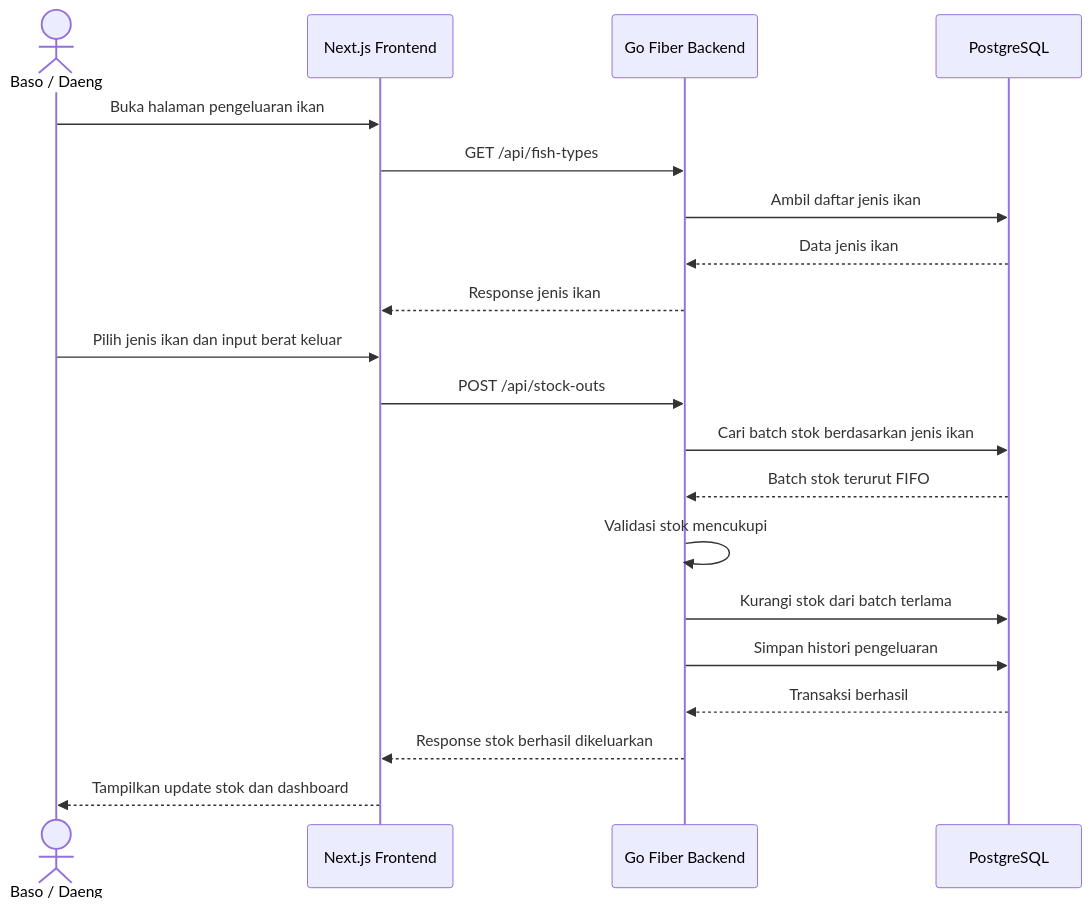
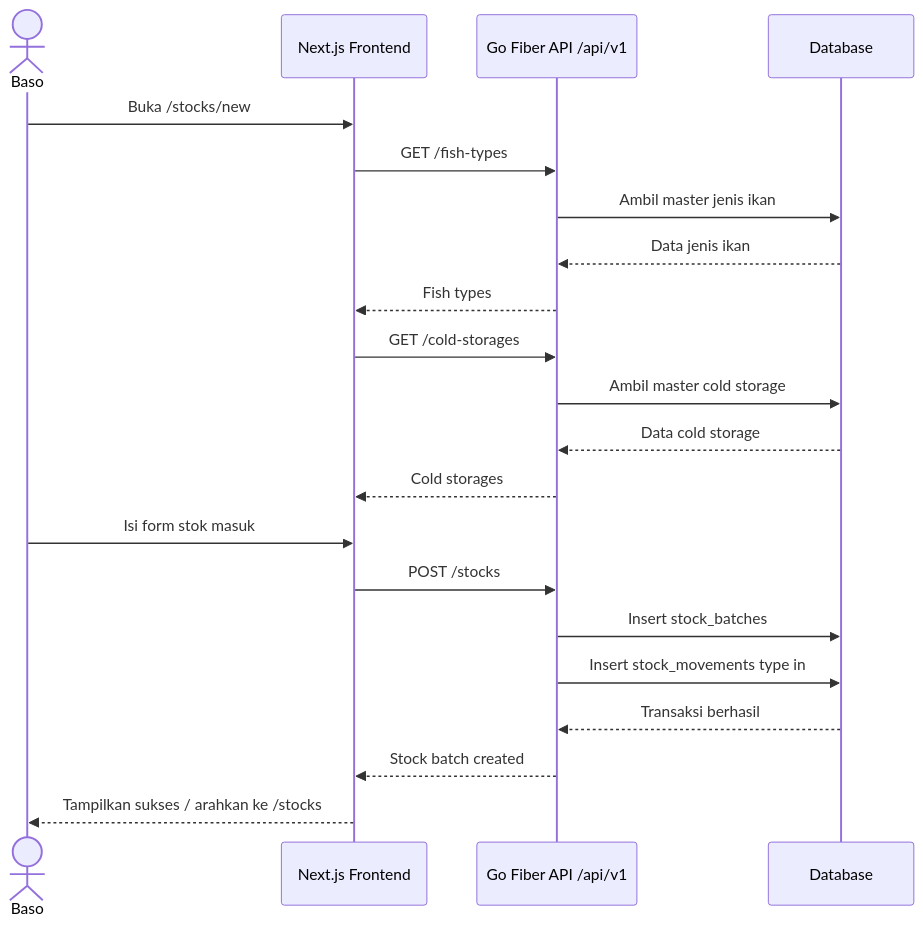
Before and after one commit to pisondev/ikant-setop-us: the fourth of 5 diagrams in docs/diagram/diagram.md, drawn with Mermaid. The commit also changed other lines of this file and 3 other files, not shown here.

````diff
--- a/docs/diagram/diagram.md
+++ b/docs/diagram/diagram.md
@@ -238,26 +231,24 @@
 ```mermaid
 sequenceDiagram
-    actor User as Baso / Daeng
+    actor User as Baso
     participant FE as Next.js Frontend
-    participant API as Go Fiber Backend
-    participant DB as PostgreSQL
+    participant API as Go Fiber API /api/v1
+    participant DB as Database
 
-    User->>FE: Buka halaman pengeluaran ikan
-    FE->>API: GET /api/fish-types
-    API->>DB: Ambil daftar jenis ikan
+    User->>FE: Buka /stocks/new
+    FE->>API: GET /fish-types
+    API->>DB: Ambil master jenis ikan
     DB-->>API: Data jenis ikan
-    API-->>FE: Response jenis ikan
-
-    User->>FE: Pilih jenis ikan dan input berat keluar
-    FE->>API: POST /api/stock-outs
-    API->>DB: Cari batch stok berdasarkan jenis ikan
-    DB-->>API: Batch stok terurut FIFO
-
-    API->>API: Validasi stok mencukupi
-    API->>DB: Kurangi stok dari batch terlama
-    API->>DB: Simpan histori pengeluaran
+    API-->>FE: Fish types
+    FE->>API: GET /cold-storages
+    API->>DB: Ambil master cold storage
+    DB-->>API: Data cold storage
+    API-->>FE: Cold storages
+    User->>FE: Isi form stok masuk
+    FE->>API: POST /stocks
+    API->>DB: Insert stock_batches
+    API->>DB: Insert stock_movements type in
     DB-->>API: Transaksi berhasil
-
-    API-->>FE: Response stok berhasil dikeluarkan
-    FE-->>User: Tampilkan update stok dan dashboard
+    API-->>FE: Stock batch created
+    FE-->>User: Tampilkan sukses / arahkan ke /stocks
 ```
````
